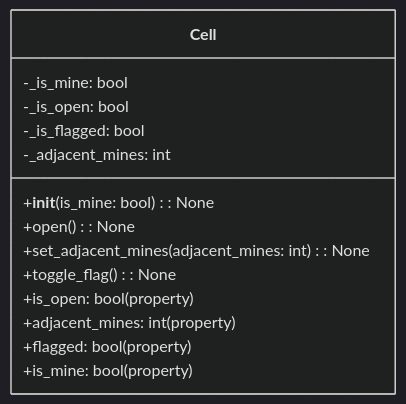
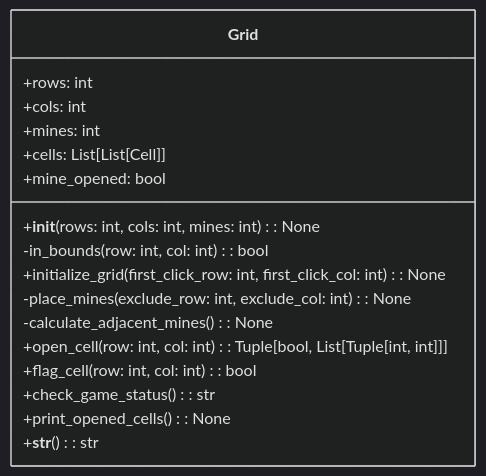
The diagram in docs/class_diagrams/class_diagram_dev.md (yu8ikmnbgt6y/chatgpt_minesweeper), drawn with Mermaid (dark theme) before and after one commit. The commit also changed other lines of this file, not shown here.

Commit message:
class diagram for gird

````diff
--- a/docs/class_diagrams/class_diagram_dev.md
+++ b/docs/class_diagrams/class_diagram_dev.md
@@ -3,19 +4,20 @@
 ```mermaid
 classDiagram
-    class Cell {
-        -_is_mine: bool
-        -_is_open: bool
-        -_is_flagged: bool
-        -_adjacent_mines: int
-
-        +__init__(is_mine: bool): None
-        +open(): None
-        +set_adjacent_mines(adjacent_mines: int): None
-        +toggle_flag(): None
-
-        +is_open: bool (property)
-        +adjacent_mines: int (property)
-        +flagged: bool (property)
-        +is_mine: bool (property)
+    class Grid {
+        +rows: int
+        +cols: int
+        +mines: int
+        +cells: List[List[Cell]]
+        +mine_opened: bool
+        +__init__(rows: int, cols: int, mines: int): None
+        -in_bounds(row: int, col: int): bool
+        +initialize_grid(first_click_row: int, first_click_col: int): None
+        -place_mines(exclude_row: int, exclude_col: int): None
+        -calculate_adjacent_mines(): None
+        +open_cell(row: int, col: int): Tuple[bool, List[Tuple[int, int]]]
+        +flag_cell(row: int, col: int): bool
+        +check_game_status(): str
+        +print_opened_cells(): None
+        +__str__(): str
     }
 ```
````
